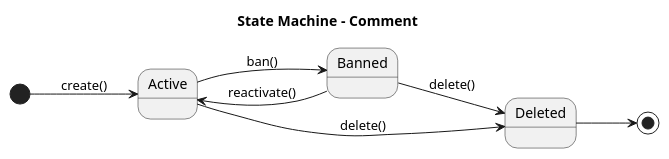
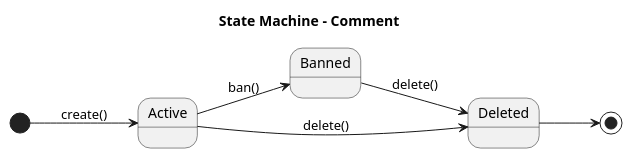
One commit to 2piradrian/seminario-docs changed the diagram in comment-state-machine.puml. Above: the diagram before and after it, drawn with PlantUML. The commit also changed 1 other file, not shown here.

```diff
--- a/comment-state-machine.puml
+++ b/comment-state-machine.puml
@@ -1,16 +1,15 @@
 @startuml
 title State Machine - Comment
 left to right direction
 
 
 [*] --> Active : create()
 
 Active --> Banned : ban()
 Active --> Deleted : delete()
 
-Banned --> Active : reactivate()
 Banned --> Deleted : delete()
 
 Deleted --> [*]
 
 @enduml
```
